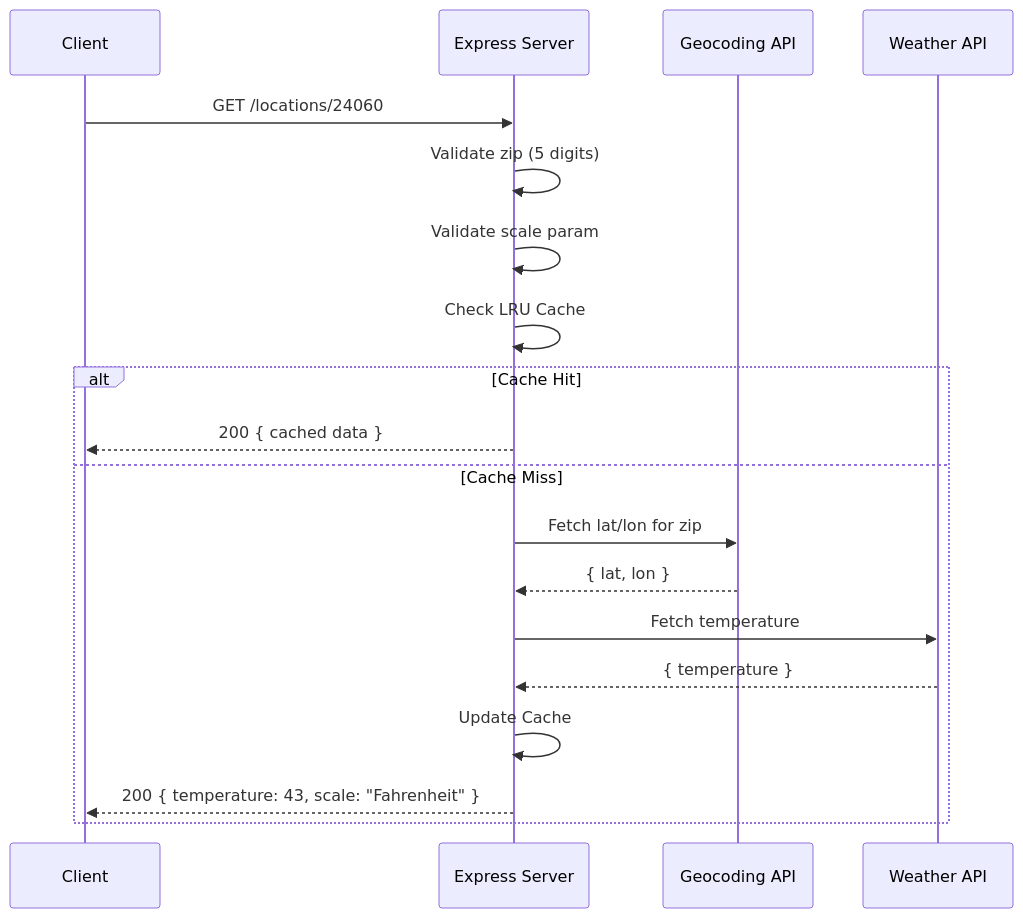
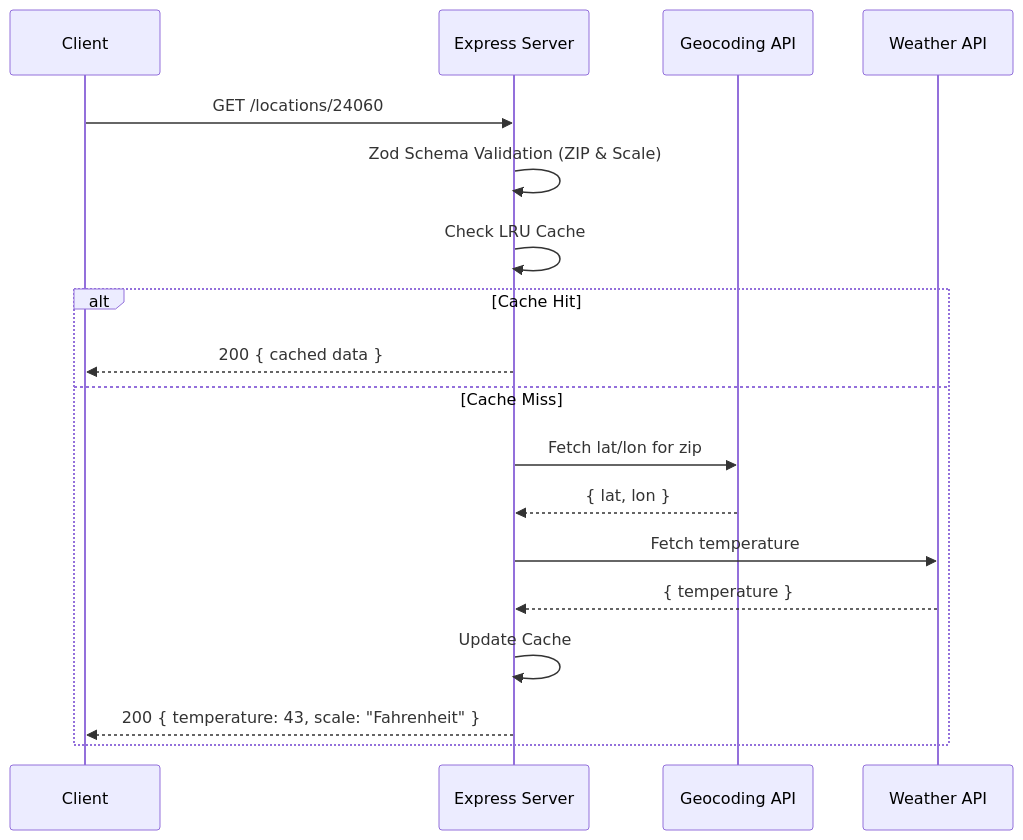
One commit to Arnav2525/cyber-range-weather-api changed the second of 2 diagrams in README.md. Above: the diagram before and after it, drawn with Mermaid. The commit also changed other lines of this file and 5 other files, not shown here.

Commit message:
Implemented Swagger UI , Correlation Ids and Zod Schema Validation

````diff
--- a/README.md
+++ b/README.md
@@ -113,22 +121,21 @@
 ```mermaid
 sequenceDiagram
     participant C as Client
     participant S as Express Server
     participant G as Geocoding API
     participant W as Weather API
 
     C->>S: GET /locations/24060
-    S->>S: Validate zip (5 digits)
-    S->>S: Validate scale param
+    S->>S: Zod Schema Validation (ZIP & Scale)
     S->>S: Check LRU Cache
     alt Cache Hit
         S-->>C: 200 { cached data }
     else Cache Miss
         S->>G: Fetch lat/lon for zip
         G-->>S: { lat, lon }
         S->>W: Fetch temperature
         W-->>S: { temperature }
         S->>S: Update Cache
         S-->>C: 200 { temperature: 43, scale: "Fahrenheit" }
     end
 ```
````
